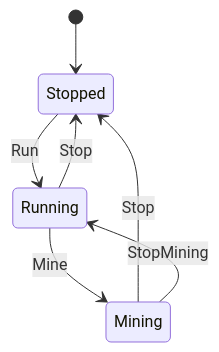
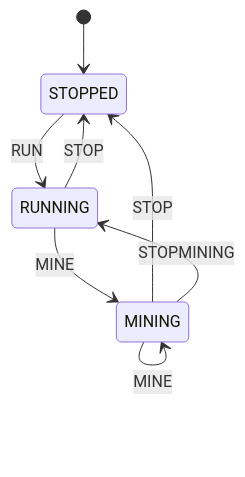
The diagram in docs/state-machine.diagram.md (freemans13/teranode), drawn with Mermaid before and after one commit. The commit also changed 2 other files, not shown here.

Commit message:
feat: add tests

````diff
--- a/docs/state-machine.diagram.md
+++ b/docs/state-machine.diagram.md
@@ -5,9 +5,10 @@
 ```mermaid
 stateDiagram-v2
-    [*] --> Stopped
-    Mining --> Stopped: Stop
-    Mining --> Running: StopMining
-    Running --> Mining: Mine
-    Running --> Stopped: Stop
-    Stopped --> Running: Run
+    [*] --> STOPPED
+    MINING --> MINING: MINE
+    MINING --> STOPPED: STOP
+    MINING --> RUNNING: STOPMINING
+    RUNNING --> MINING: MINE
+    RUNNING --> STOPPED: STOP
+    STOPPED --> RUNNING: RUN
 ```
````
